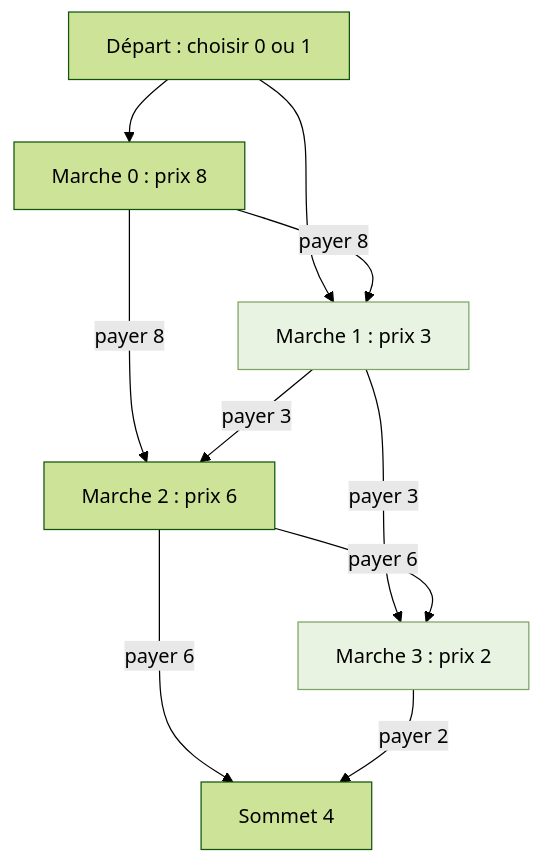
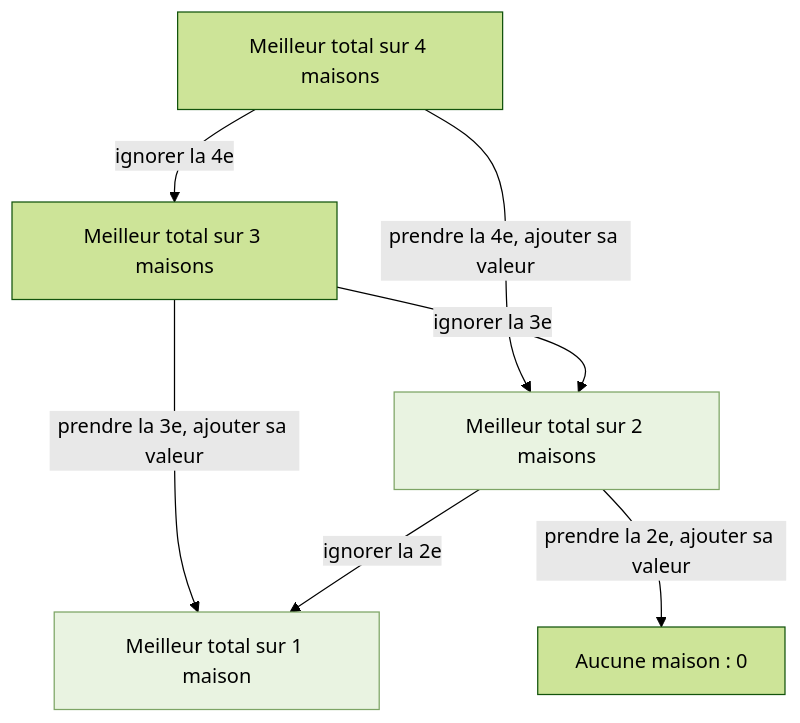
One commit to yannpassy/prepa_algo_odoo changed the eighth of 10 diagrams in Dynamic_Programming/Programmation_dynamique.md. Above: the diagram before and after it, drawn with Mermaid (forest theme). The commit also changed other lines of this file, not shown here.

````diff
--- a/Dynamic_Programming/Programmation_dynamique.md
+++ b/Dynamic_Programming/Programmation_dynamique.md
@@ -603,14 +459,11 @@
 ```mermaid
 flowchart TD
-    S["Départ : choisir 0 ou 1"] --> A["Marche 0 : prix 8"]
-    S --> B["Marche 1 : prix 3"]
-    A -->|"payer 8"| B
-    A -->|"payer 8"| C["Marche 2 : prix 6"]
-    B -->|"payer 3"| C
-    B -->|"payer 3"| D["Marche 3 : prix 2"]
-    C -->|"payer 6"| D
-    C -->|"payer 6"| T["Sommet 4"]
-    D -->|"payer 2"| T
-    style B fill:#e9f3e1,stroke:#7da465
+    A["Meilleur total sur 4 maisons"] -->|"ignorer la 4e"| B["Meilleur total sur 3 maisons"]
+    A -->|"prendre la 4e, ajouter sa valeur"| C["Meilleur total sur 2 maisons"]
+    B -->|"ignorer la 3e"| C
+    B -->|"prendre la 3e, ajouter sa valeur"| D["Meilleur total sur 1 maison"]
+    C -->|"ignorer la 2e"| D
+    C -->|"prendre la 2e, ajouter sa valeur"| E["Aucune maison : 0"]
+    style C fill:#e9f3e1,stroke:#7da465
     style D fill:#e9f3e1,stroke:#7da465
 ```
````
